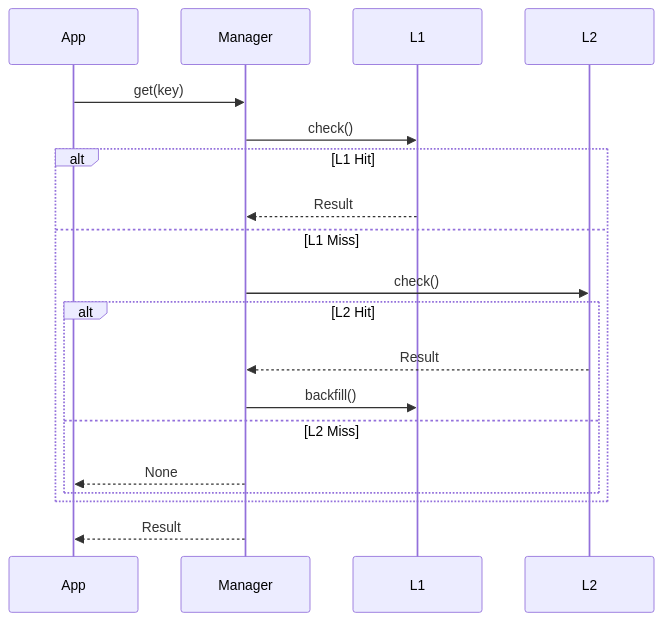
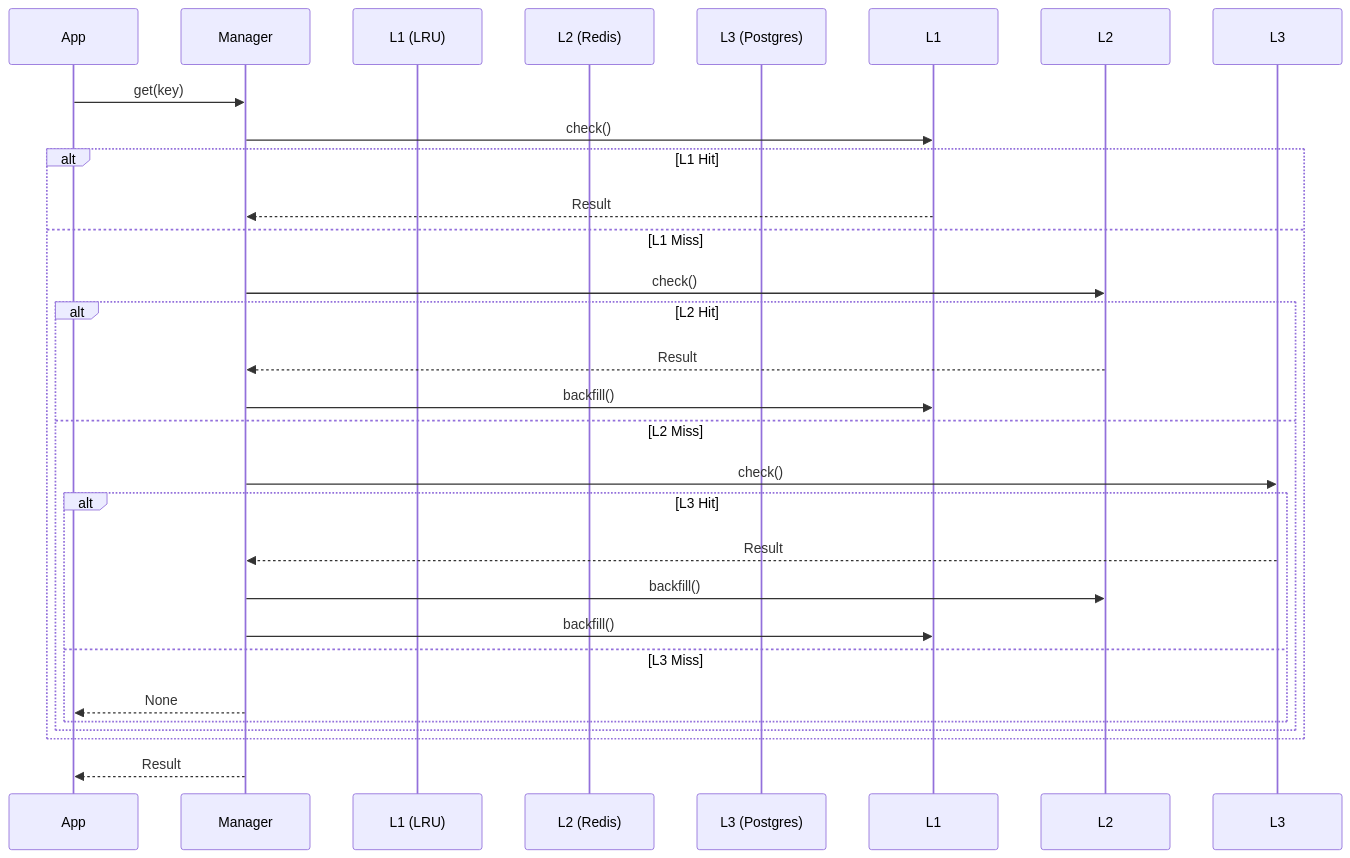
One commit to adiozdaniel/bongas-ai changed the diagram in src/cache/manager/README.md. Above: the diagram before and after it, drawn with Mermaid. The commit also changed other lines of this file and 5 other files, not shown here.

````diff
--- a/src/cache/manager/README.md
+++ b/src/cache/manager/README.md
@@ -9,22 +9,30 @@
 ```mermaid
 sequenceDiagram
     participant App
     participant Manager
-    participant L1
-    participant L2
+    participant L1 (LRU)
+    participant L2 (Redis)
+    participant L3 (Postgres)
     
     App->>Manager: get(key)
     Manager->>L1: check()
     alt L1 Hit
         L1-->>Manager: Result
     else L1 Miss
         Manager->>L2: check()
         alt L2 Hit
             L2-->>Manager: Result
             Manager->>L1: backfill()
         else L2 Miss
-            Manager-->>App: None
+            Manager->>L3: check()
+            alt L3 Hit
+                L3-->>Manager: Result
+                Manager->>L2: backfill()
+                Manager->>L1: backfill()
+            else L3 Miss
+                Manager-->>App: None
+            end
         end
     end
     Manager-->>App: Result
 ```
````
